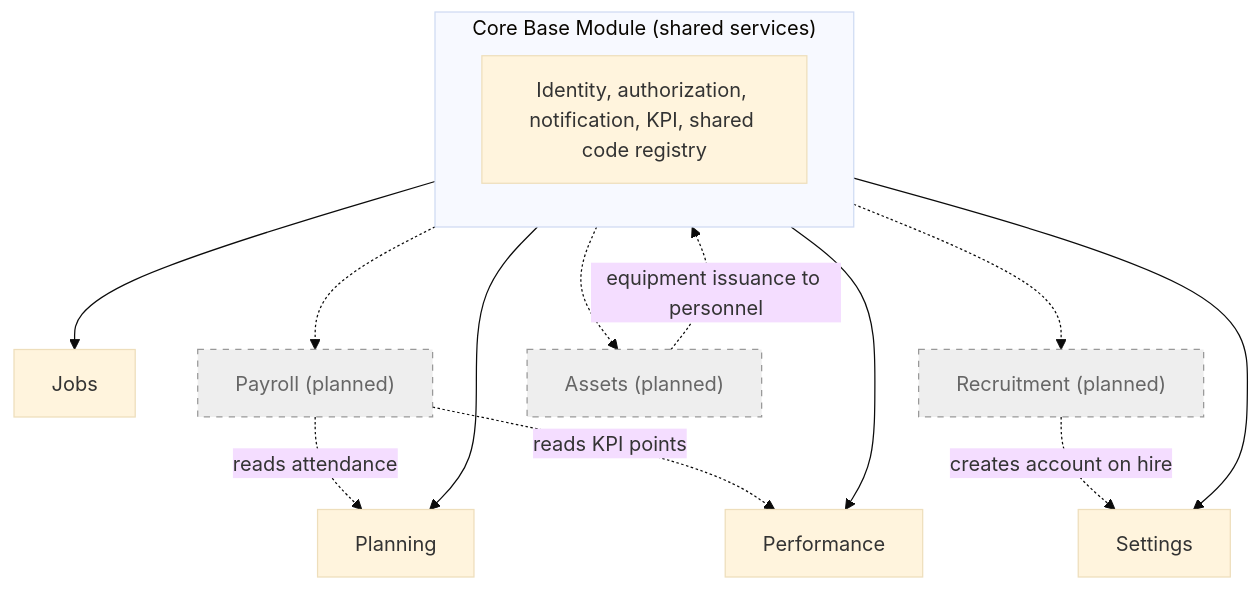
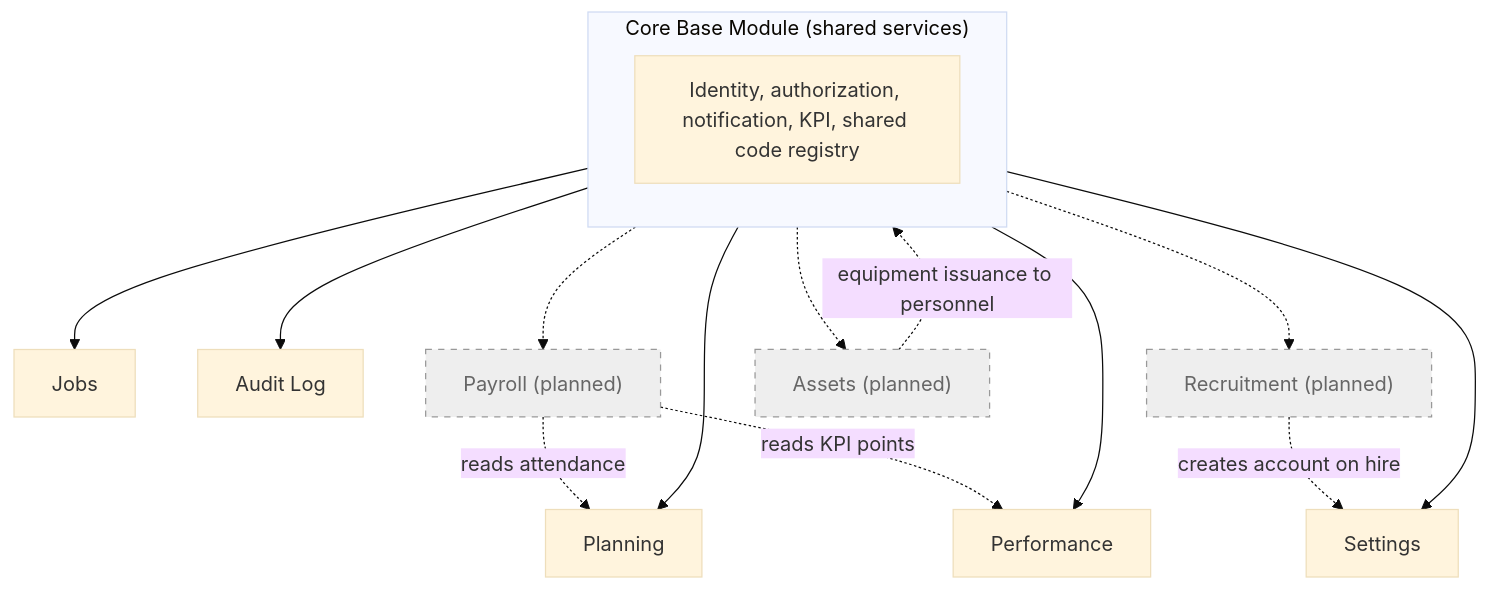
Before and after one commit to Lechcher/MES_project: the tenth of 10 diagrams in SYSTEM_ARCHITECTURE_DIAGRAM.md, drawn with Mermaid (base theme). The commit also changed other lines of this file and 18 other files, not shown here.

````diff
--- a/SYSTEM_ARCHITECTURE_DIAGRAM.md
+++ b/SYSTEM_ARCHITECTURE_DIAGRAM.md
@@ -313,32 +354,34 @@
 ```mermaid
 flowchart TD
     subgraph CORE["Core Base Module (shared services)"]
         CS["Identity, authorization, notification, KPI, shared code registry"]
     end
 
     J["Jobs"]
     P["Planning"]
     F["Performance"]
     S["Settings"]
+    A["Audit Log"]
 
     CORE --> J
     CORE --> P
     CORE --> F
     CORE --> S
+    CORE --> A
 
     REC["Recruitment (planned)"]
     PAY["Payroll (planned)"]
     AST["Assets (planned)"]
 
     CORE -.-> REC
     CORE -.-> PAY
     CORE -.-> AST
 
     REC -.->|creates account on hire| S
     PAY -.->|reads attendance| P
     PAY -.->|reads KPI points| F
     AST -.->|equipment issuance to personnel| CORE
 
     classDef planned fill:#EEEEEE,stroke:#999999,stroke-dasharray: 5 5,color:#666666
     class REC,PAY,AST planned
 ```
````
